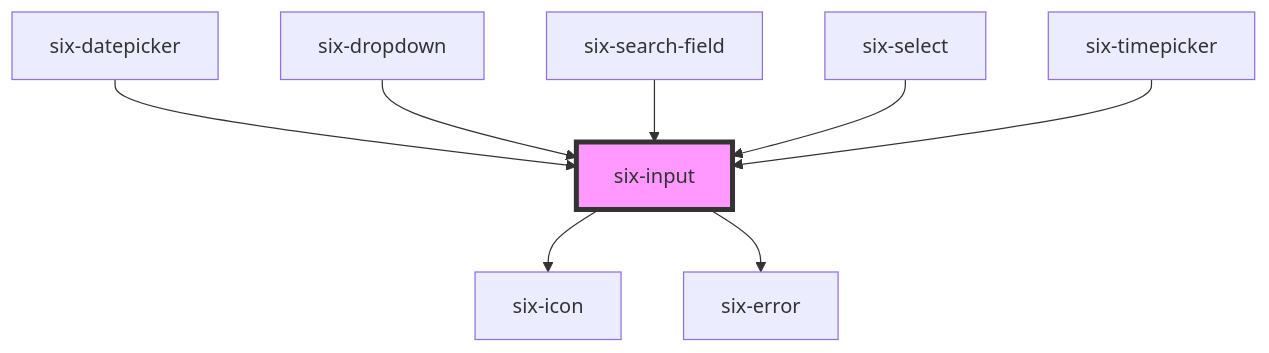
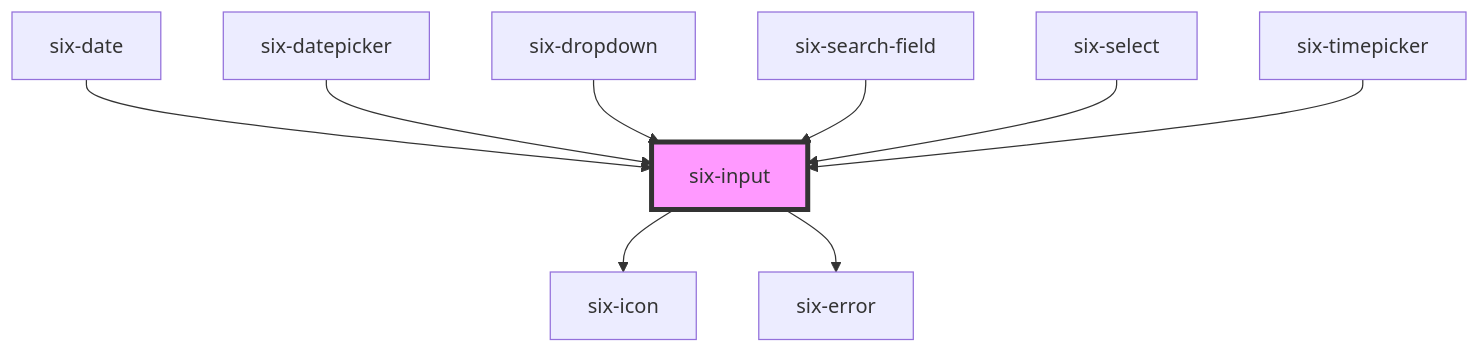
The diagram in docs/components/six-input.md (six-group/six-webcomponents), drawn with Mermaid before and after one commit. The commit also changed other lines of this file and 39 other files, not shown here.

````diff
--- a/docs/components/six-input.md
+++ b/docs/components/six-input.md
@@ -492,11 +493,12 @@
 ```mermaid
 graph TD;
   six-input --> six-icon
   six-input --> six-error
+  six-date --> six-input
   six-datepicker --> six-input
   six-dropdown --> six-input
   six-search-field --> six-input
   six-select --> six-input
   six-timepicker --> six-input
   style six-input fill:#f9f,stroke:#333,stroke-width:4px
 ```
````
